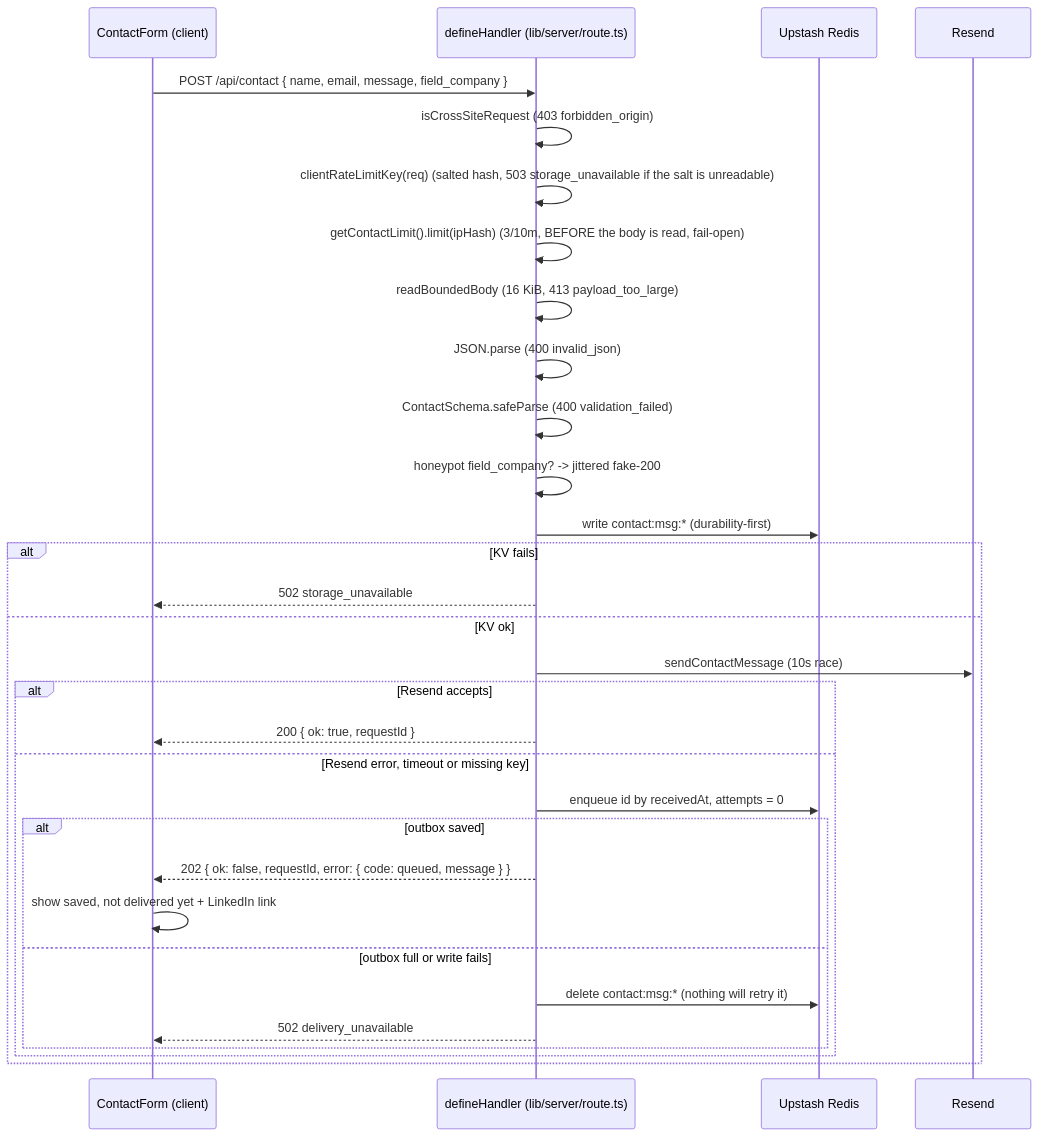
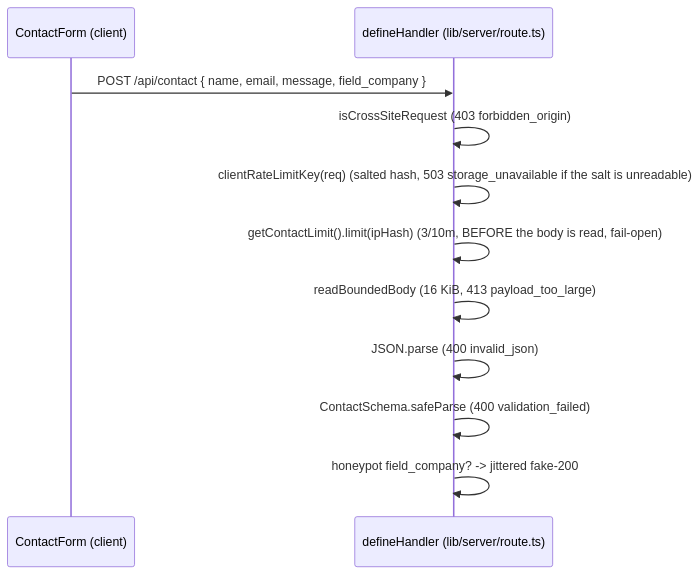
Before and after one commit to erikunha/portfolio: diagram 11 of 14 in docs/03-rendering-and-data-flow.md, drawn with Mermaid. The commit also changed other lines of this file and 75 other files, not shown here.

````diff
--- a/docs/03-rendering-and-data-flow.md
+++ b/docs/03-rendering-and-data-flow.md
@@ -177,34 +239,14 @@
 ```mermaid
 sequenceDiagram
     participant F as ContactForm (client)
     participant H as defineHandler (lib/server/route.ts)
-    participant KV as Upstash Redis
-    participant RS as Resend
 
     F->>H: POST /api/contact { name, email, message, field_company }
     H->>H: isCrossSiteRequest (403 forbidden_origin)
     H->>H: clientRateLimitKey(req)  (salted hash, 503 storage_unavailable if the salt is unreadable)
     H->>H: getContactLimit().limit(ipHash)  (3/10m, BEFORE the body is read, fail-open)
     H->>H: readBoundedBody (16 KiB, 413 payload_too_large)
     H->>H: JSON.parse (400 invalid_json)
     H->>H: ContactSchema.safeParse (400 validation_failed)
     H->>H: honeypot field_company? -> jittered fake-200
-    H->>KV: write contact:msg:* (durability-first)
-    alt KV fails
-        H-->>F: 502 storage_unavailable
-    else KV ok
-        H->>RS: sendContactMessage (10s race)
-        alt Resend accepts
-            H-->>F: 200 { ok: true, requestId }
-        else Resend error, timeout or missing key
-            H->>KV: enqueue id by receivedAt, attempts = 0
-            alt outbox saved
-                H-->>F: 202 { ok: false, requestId, error: { code: queued, message } }
-                F->>F: show saved, not delivered yet + LinkedIn link
-            else outbox full or write fails
-                H->>KV: delete contact:msg:* (nothing will retry it)
-                H-->>F: 502 delivery_unavailable
-            end
-        end
-    end
 ```
````
